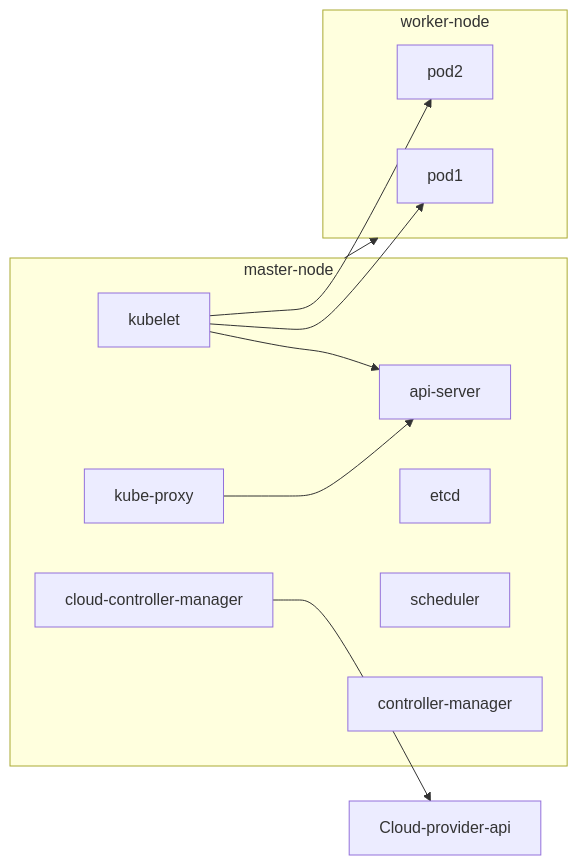
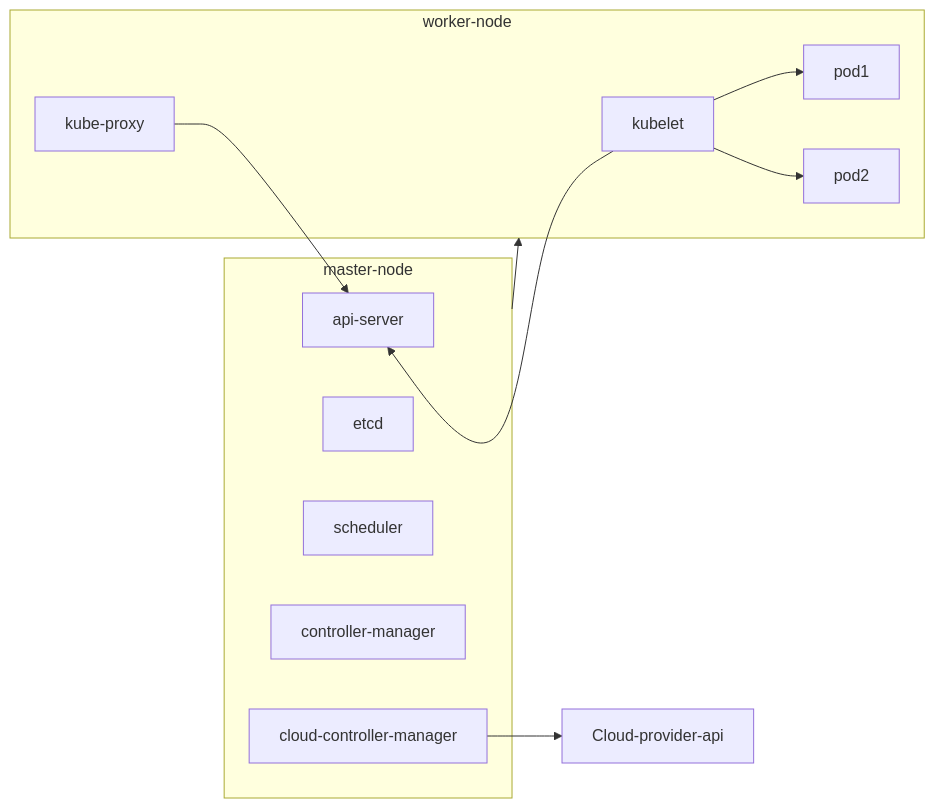
One commit to chengr4/study-technologies changed the diagram in kubernetes/README.md. Above: the diagram before and after it, drawn with Mermaid.

````diff
--- a/kubernetes/README.md
+++ b/kubernetes/README.md
@@ -15,22 +15,22 @@
 ```mermaid
 flowchart LR
   subgraph master-node
-    kubelet --> api-server
-    kube-proxy --> api-server
+    api-server
     etcd
     scheduler
     controller-manager
     cloud-controller-manager
   end
 
   subgraph worker-node
-    kubelet
     kubelet --> pod1
     kubelet --> pod2
     kube-proxy
   end
 
   master-node --> worker-node
   cloud-controller-manager --> Cloud-provider-api
+  kubelet --> api-server
+  kube-proxy --> api-server
 
 ```
````
